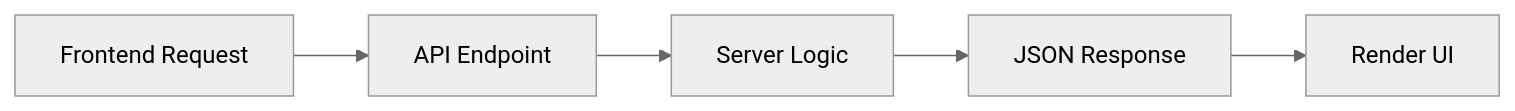
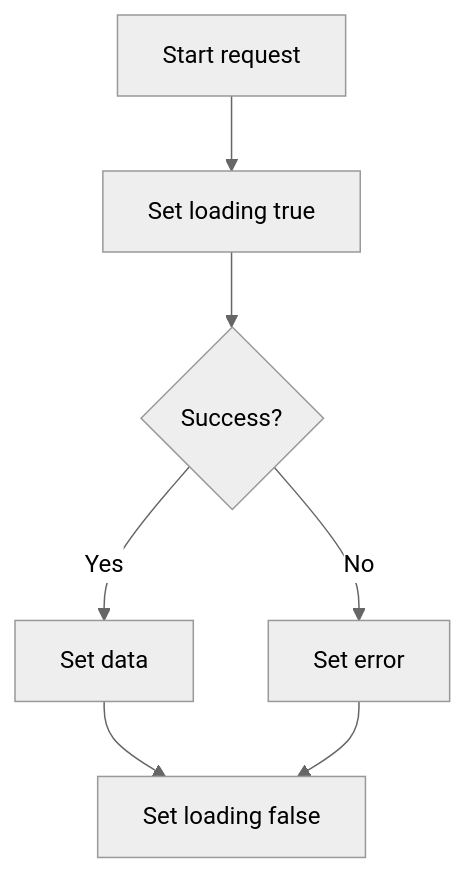
One commit to AbhishekDhone7/javascript-git-basics changed diagram 40 of 43 in JavaScript-Beginners-Guide.md. Above: the diagram before and after it, drawn with Mermaid (neutral theme). The commit also changed other lines of this file, not shown here.

````diff
--- a/JavaScript-Beginners-Guide.md
+++ b/JavaScript-Beginners-Guide.md
@@ -4867,7 +5084,9 @@
 ```mermaid
-flowchart LR
-A[Frontend Request] --> B[API Endpoint]
-B --> C[Server Logic]
-C --> D[JSON Response]
-D --> E[Render UI]
+flowchart TD
+A[Start request] --> B[Set loading true]
+B --> C{Success?}
+C -- Yes --> D[Set data]
+C -- No --> E[Set error]
+D --> F[Set loading false]
+E --> F
 ```
````
